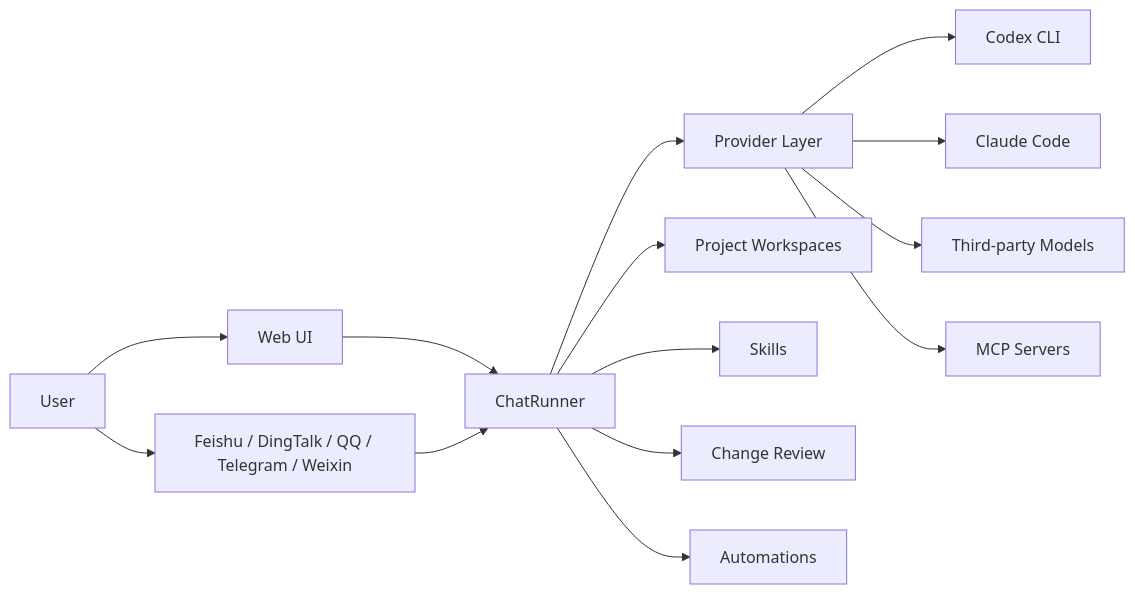
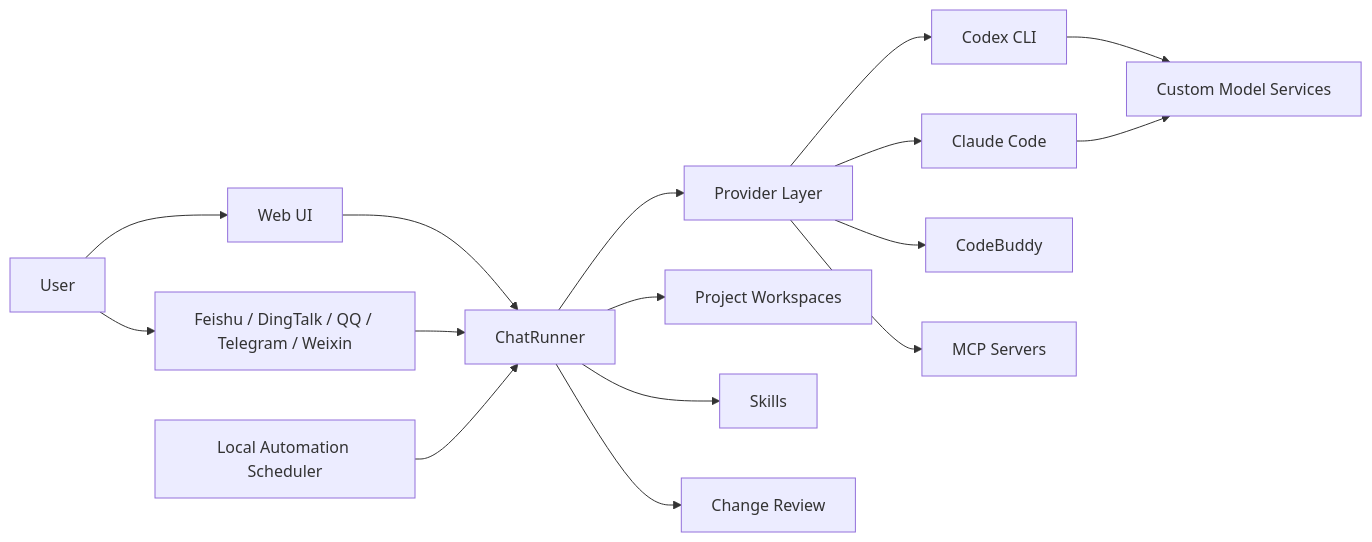
Before and after one commit to 1935417243/AnyBot: the diagram in README.md, drawn with Mermaid. The commit also changed other lines of this file and 4 other files, not shown here.

````diff
--- a/README.md
+++ b/README.md
@@ -70,16 +71,18 @@
 ```mermaid
 flowchart LR
     User[User] --> WebUI[Web UI]
     User --> Channels[Feishu / DingTalk / QQ / Telegram / Weixin]
     WebUI --> Runner[ChatRunner]
     Channels --> Runner
+    Automation[Local Automation Scheduler] --> Runner
     Runner --> Providers[Provider Layer]
     Providers --> Codex[Codex CLI]
     Providers --> Claude[Claude Code]
-    Providers --> ThirdParty[Third-party Models]
+    Providers --> CodeBuddy[CodeBuddy]
+    Codex --> ThirdParty[Custom Model Services]
+    Claude --> ThirdParty
     Providers --> MCP[MCP Servers]
     Runner --> Workspace[Project Workspaces]
     Runner --> Skills[Skills]
     Runner --> Review[Change Review]
-    Runner --> Automation[Automations]
 ```
````
